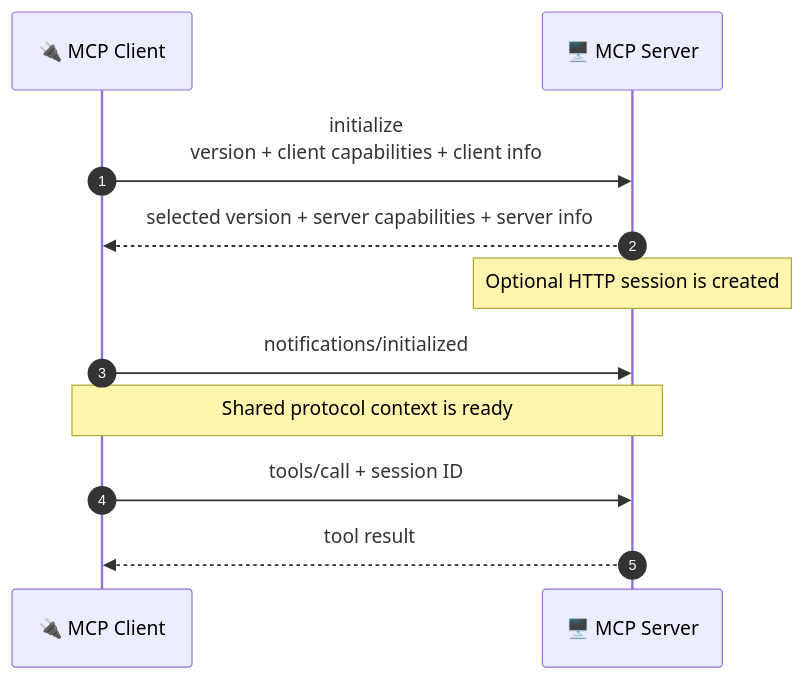
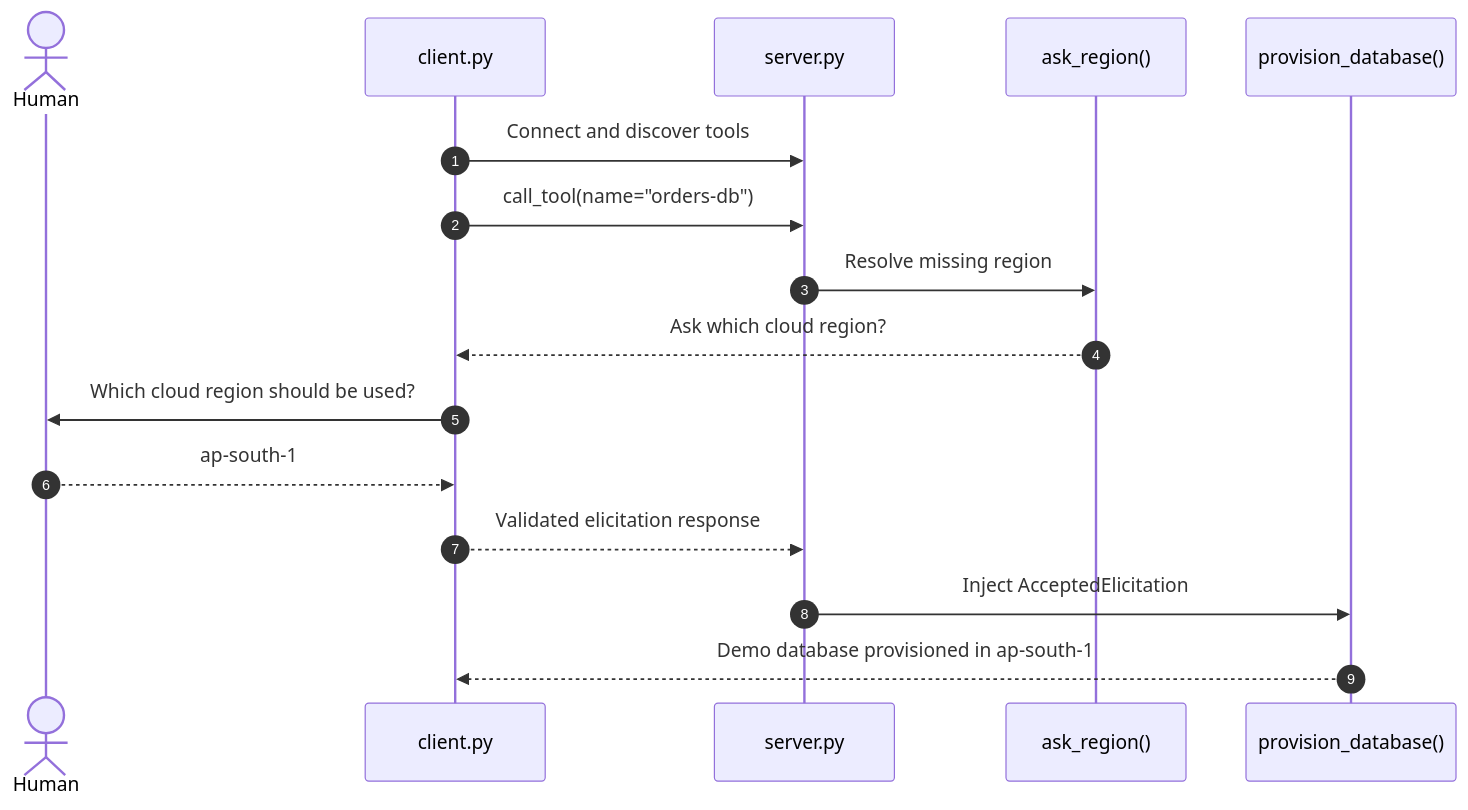
The second of 3 diagrams in README.md (cakhiltej9001-source/stateless-mcp-python-demo), drawn with Mermaid before and after one commit. The commit also changed other lines of this file and 5 other files, not shown here.

Commit message:
Implement-SDK-v2-stateless-database-elicitation-demo

````diff
--- a/README.md
+++ b/README.md
@@ -100,14 +74,19 @@
 ```mermaid
 sequenceDiagram
     autonumber
-    participant Client as 🔌 MCP Client
-    participant Server as 🖥️ MCP Server
+    actor Human
+    participant Client as client.py
+    participant Server as server.py
+    participant Resolver as ask_region()
+    participant Tool as provision_database()
 
-    Client->>Server: initialize<br/>version + client capabilities + client info
-    Server-->>Client: selected version + server capabilities + server info
-    Note over Server: Optional HTTP session is created
-    Client->>Server: notifications/initialized
-    Note over Client,Server: Shared protocol context is ready
-    Client->>Server: tools/call + session ID
-    Server-->>Client: tool result
+    Client->>Server: Connect and discover tools
+    Client->>Server: call_tool(name="orders-db")
+    Server->>Resolver: Resolve missing region
+    Resolver-->>Client: Ask which cloud region?
+    Client->>Human: Which cloud region should be used?
+    Human-->>Client: ap-south-1
+    Client-->>Server: Validated elicitation response
+    Server->>Tool: Inject AcceptedElicitation
+    Tool-->>Client: Demo database provisioned in ap-south-1
 ```
````
